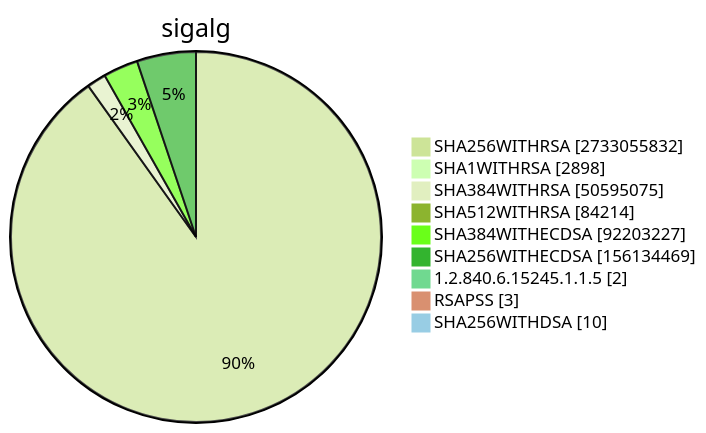
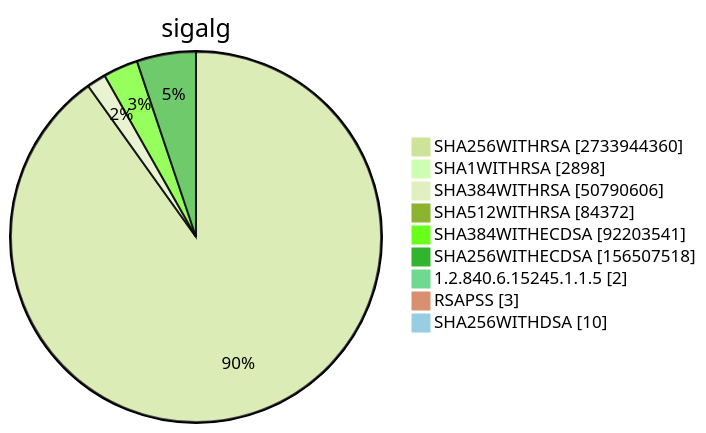
Diagram 15 of 15 in TOTAL/README.md (christiankrug/ctmonitor_visualization), drawn with Mermaid (forest theme) before and after one commit. The commit also changed other lines of this file, not shown here.

````diff
--- a/TOTAL/README.md
+++ b/TOTAL/README.md
@@ -6199,13 +6199,13 @@
 ```mermaid
 pie showData
 title sigalg
-"SHA256WITHRSA" :2733055832
+"SHA256WITHRSA" :2733944360
 "SHA1WITHRSA" :2898
-"SHA384WITHRSA" :50595075
-"SHA512WITHRSA" :84214
-"SHA384WITHECDSA" :92203227
-"SHA256WITHECDSA" :156134469
+"SHA384WITHRSA" :50790606
+"SHA512WITHRSA" :84372
+"SHA384WITHECDSA" :92203541
+"SHA256WITHECDSA" :156507518
 "1.2.840.6.15245.1.1.5" :2
 "RSAPSS" :3
 "SHA256WITHDSA" :10
 ```
````
